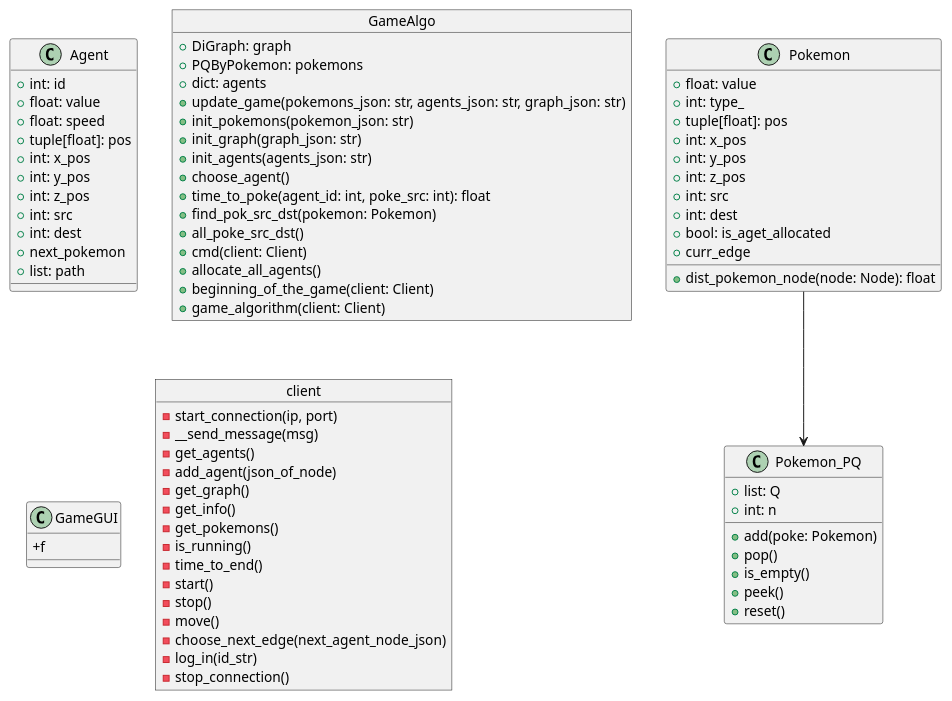
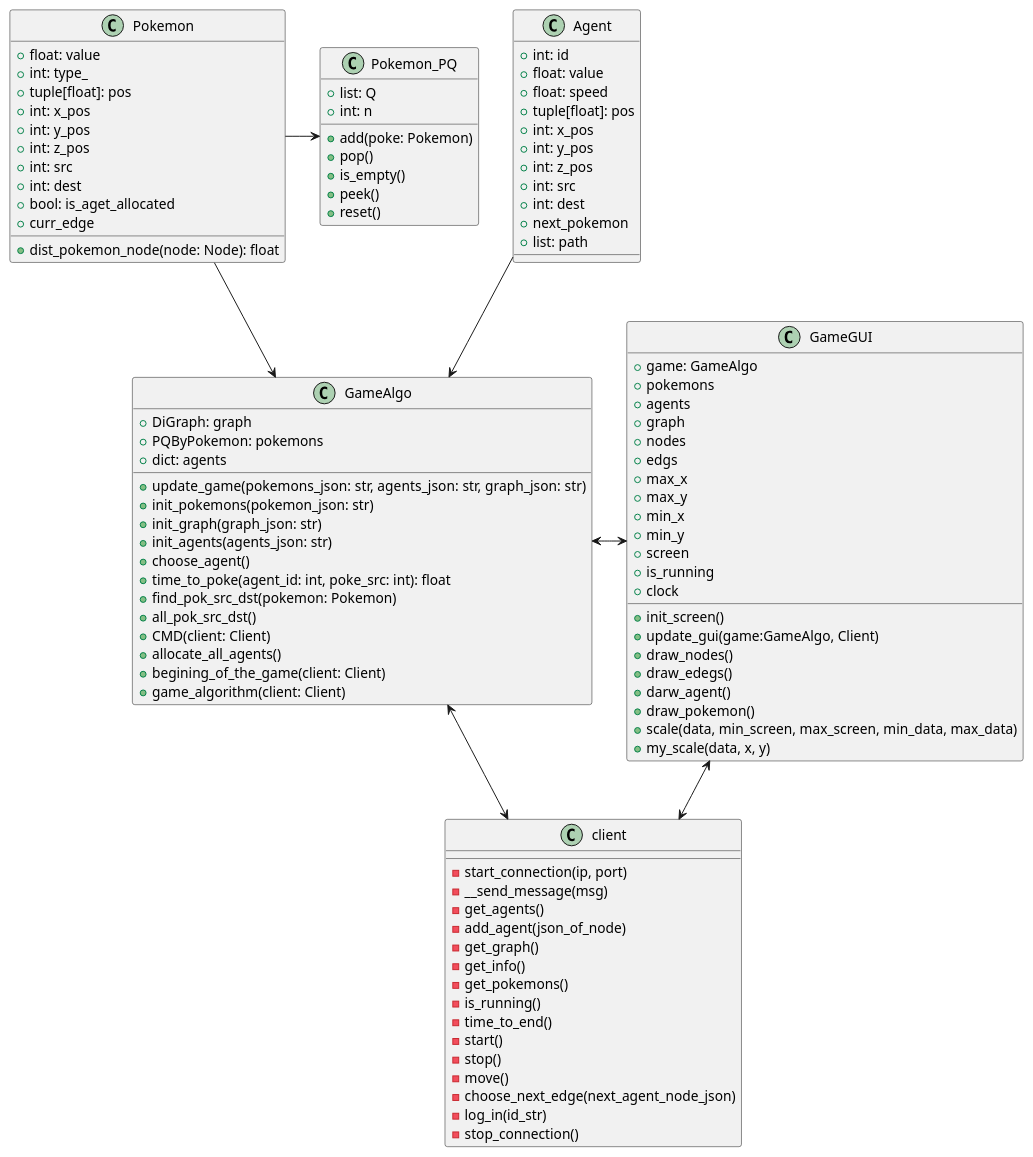
The diagram in docs/Game_uml.puml (Matanel1995/OOP-Ex4-Pokemon-Game), drawn with PlantUML before and after one commit. The commit also changed 1 other file, not shown here.

Commit message:
Update UML

```diff
--- a/docs/Game_uml.puml
+++ b/docs/Game_uml.puml
@@ -2,86 +2,111 @@
 @startuml
 
-Pokemon --> Pokemon_PQ
+Agent --> GameAlgo
+Pokemon -> Pokemon_PQ
+Pokemon --> GameAlgo
+GameAlgo <-> GameGUI
+GameAlgo <--> client
+GameGUI <--> client
 
 
 class Pokemon{
 +float: value
 +int: type_
 +tuple[float]: pos
 +int: x_pos
 +int: y_pos
 +int: z_pos
 +int: src
 +int: dest
 +bool: is_aget_allocated
 +curr_edge
 +dist_pokemon_node(node: Node): float
 }
 
 class Pokemon_PQ{
 +list: Q
 +int: n
 +add(poke: Pokemon)
 +pop()
 +is_empty()
 +peek()
 +reset()
 }
 
 class Agent{
 +int: id
 +float: value
 +float: speed
 +tuple[float]: pos
 +int: x_pos
 +int: y_pos
 +int: z_pos
 +int: src
 +int: dest
 +next_pokemon
 +list: path
 }
 
 object GameAlgo{
 +DiGraph: graph
 +PQByPokemon: pokemons
 +dict: agents
 +update_game(pokemons_json: str, agents_json: str, graph_json: str)
 +init_pokemons(pokemon_json: str)
 +init_graph(graph_json: str)
 +init_agents(agents_json: str)
 +choose_agent()
 +time_to_poke(agent_id: int, poke_src: int): float
 +find_pok_src_dst(pokemon: Pokemon)
-+all_poke_src_dst()
-+cmd(client: Client)
++all_pok_src_dst()
++CMD(client: Client)
 +allocate_all_agents()
-+beginning_of_the_game(client: Client)
++begining_of_the_game(client: Client)
 +game_algorithm(client: Client)
 }
 
 class GameGUI{
-+f
++game: GameAlgo
++pokemons
++agents
++graph
++nodes
++edgs
++max_x
++max_y
++min_x
++min_y
++screen
++is_running
++clock
++init_screen()
++update_gui(game:GameAlgo, Client)
++draw_nodes()
++draw_edegs()
++darw_agent()
++draw_pokemon()
++scale(data, min_screen, max_screen, min_data, max_data)
++my_scale(data, x, y)
 }
 
 
 
 object client{
 -start_connection(ip, port)
 -__send_message(msg)
 -get_agents()
 -add_agent(json_of_node)
 -get_graph()
 -get_info()
 -get_pokemons()
 -is_running()
 -time_to_end()
 -start()
 -stop()
 -move()
 -choose_next_edge(next_agent_node_json)
 -log_in(id_str)
 -stop_connection()
 }
 
 @enduml
```
